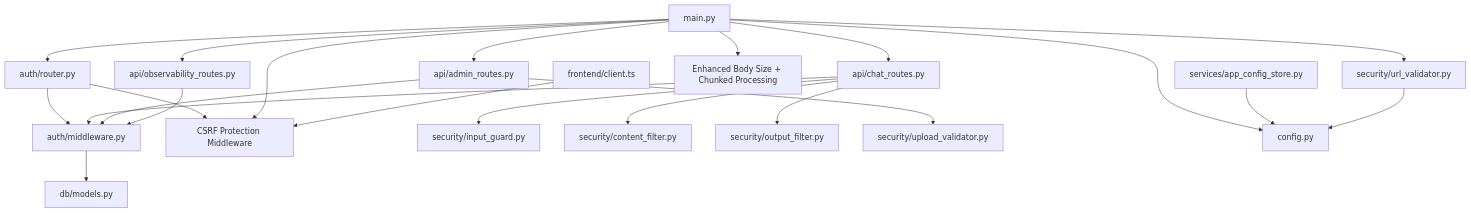
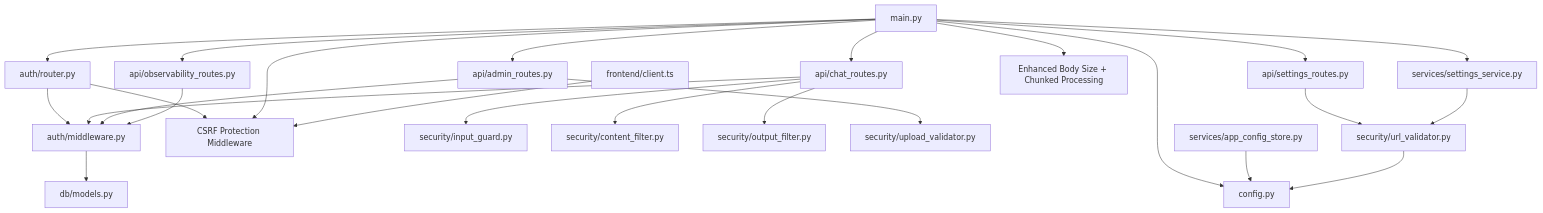
Before and after one commit to genes8/private-ai: diagram 16 of 16 in .qoder/repowiki/en/content/Backend Development/Security and Middleware/Security and Middleware.md, drawn with Mermaid. The commit also changed other lines of this file and 12 other files, not shown here.

````diff
--- a/.qoder/repowiki/en/content/Backend Development/Security and Middleware/Security and Middleware.md
+++ b/.qoder/repowiki/en/content/Backend Development/Security and Middleware/Security and Middleware.md
@@ -636,24 +657,27 @@
 ```mermaid
 graph TB
 AUTHRT["auth/router.py"] --> AUTHMW["auth/middleware.py"]
 AUTHRT --> CSRF["CSRF Protection Middleware"]
 CHAT["api/chat_routes.py"] --> AUTHMW
 CHAT --> IG["security/input_guard.py"]
 CHAT --> CF["security/content_filter.py"]
 CHAT --> OF["security/output_filter.py"]
 ADMIN["api/admin_routes.py"] --> AUTHMW
 ADMIN --> UV["security/upload_validator.py"]
 OBS["api/observability_routes.py"] --> AUTHMW
+SETTINGS["api/settings_routes.py"] --> URLV["security/url_validator.py"]
+SERVICES["services/settings_service.py"] --> URLV
 MAIN["main.py"] --> AUTHRT
 MAIN --> CHAT
 MAIN --> ADMIN
 MAIN --> OBS
+MAIN --> SETTINGS
+MAIN --> SERVICES
 MAIN --> CFG["config.py"]
 MAIN --> CSRF
-MAIN --> URLV["security/url_validator.py"]
 MAIN --> BODY["Enhanced Body Size + Chunked Processing"]
 AUTHMW --> DBM["db/models.py"]
 AES["services/app_config_store.py"] --> CFG
 FRONT["frontend/client.ts"] --> CSRF
 URLV --> CFG
 ```
````
